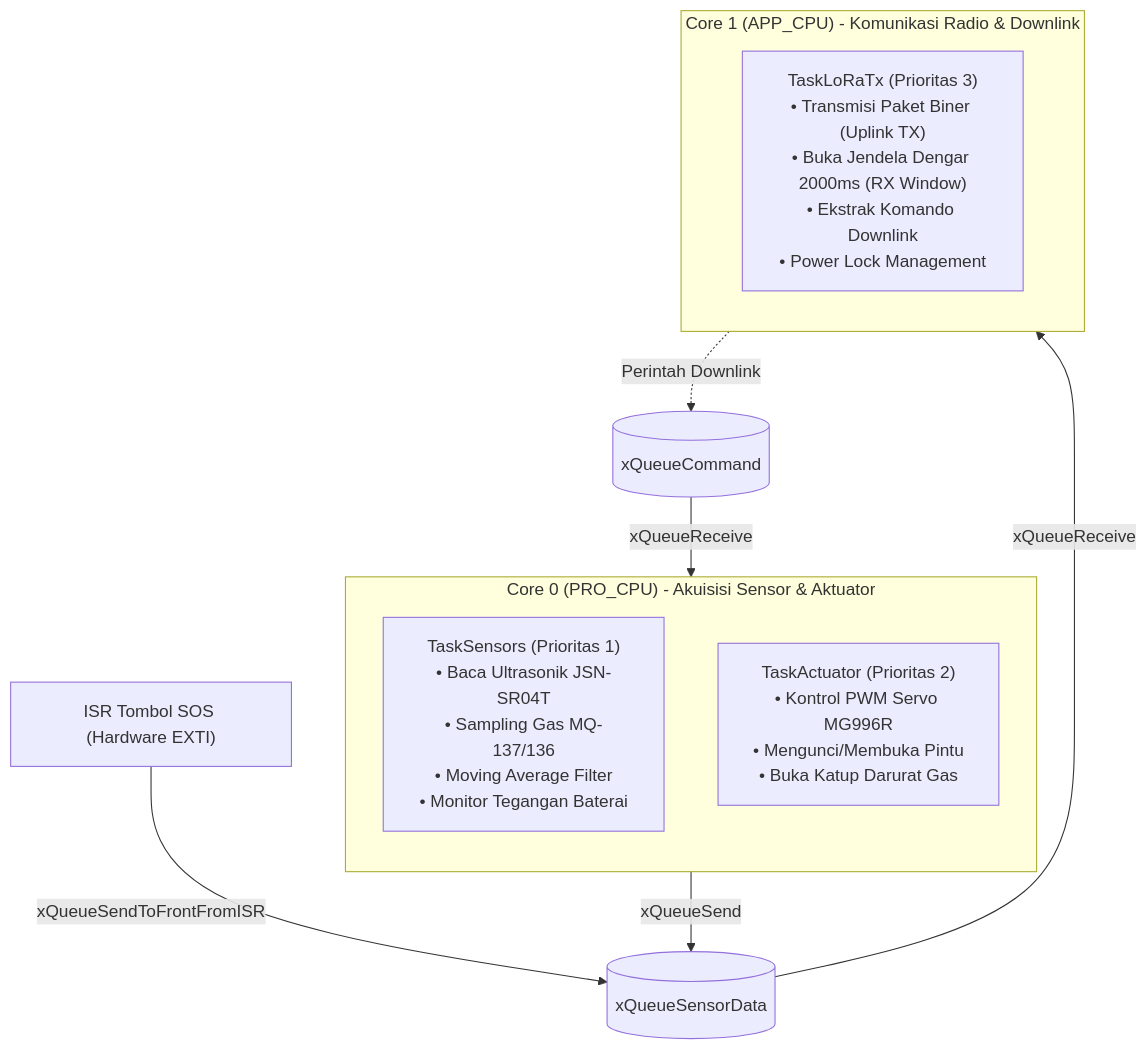
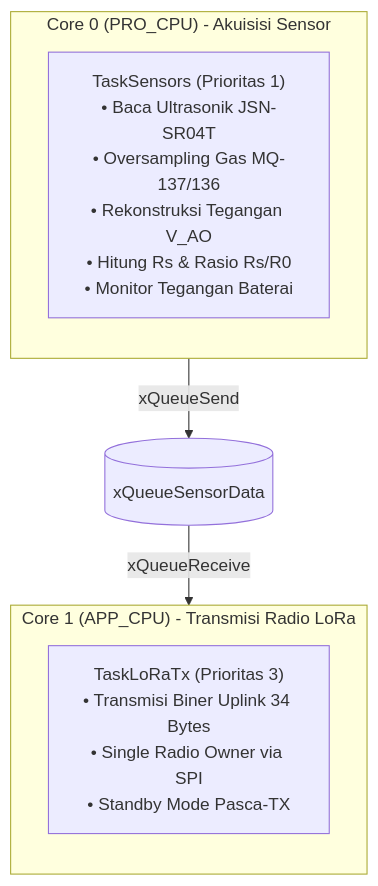
The second of 3 diagrams in src/firmware/node_wc/docs/README.md (DHard4114/DESPRO-4), drawn with Mermaid before and after one commit. The commit also changed other lines of this file and 8 other files, not shown here.

````diff
--- a/src/firmware/node_wc/docs/README.md
+++ b/src/firmware/node_wc/docs/README.md
@@ -52,19 +50,15 @@
 ```mermaid
 flowchart TB
-    subgraph Core0["Core 0 (PRO_CPU) - Akuisisi Sensor & Aktuator"]
+    subgraph Core0["Core 0 (PRO_CPU) - Akuisisi Sensor"]
         direction TB
-        T1["TaskSensors (Prioritas 1)<br/>• Baca Ultrasonik JSN-SR04T<br/>• Sampling Gas MQ-137/136<br/>• Moving Average Filter<br/>• Monitor Tegangan Baterai"]
-        T3["TaskActuator (Prioritas 2)<br/>• Kontrol PWM Servo MG996R<br/>• Mengunci/Membuka Pintu<br/>• Buka Katup Darurat Gas"]
+        T1["TaskSensors (Prioritas 1)<br/>• Baca Ultrasonik JSN-SR04T<br/>• Oversampling Gas MQ-137/136<br/>• Rekonstruksi Tegangan V_AO<br/>• Hitung Rs & Rasio Rs/R0<br/>• Monitor Tegangan Baterai"]
     end
 
-    subgraph Core1["Core 1 (APP_CPU) - Komunikasi Radio & Downlink"]
+    subgraph Core1["Core 1 (APP_CPU) - Transmisi Radio LoRa"]
         direction TB
-        T2["TaskLoRaTx (Prioritas 3)<br/>• Transmisi Paket Biner (Uplink TX)<br/>• Buka Jendela Dengar 2000ms (RX Window)<br/>• Ekstrak Komando Downlink<br/>• Power Lock Management"]
+        T2["TaskLoRaTx (Prioritas 3)<br/>• Transmisi Biner Uplink 34 Bytes<br/>• Single Radio Owner via SPI<br/>• Standby Mode Pasca-TX"]
     end
 
-    ISR_SOS["ISR Tombol SOS (Hardware EXTI)"] -->|xQueueSendToFrontFromISR| Q1[(xQueueSensorData)]
-    T1 -->|xQueueSend| Q1
+    T1 -->|xQueueSend| Q1[(xQueueSensorData)]
     Q1 -->|xQueueReceive| T2
-    T2 -.->|Perintah Downlink| Q2[(xQueueCommand)]
-    Q2 -->|xQueueReceive| T3
 ```
````
